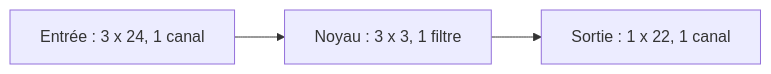
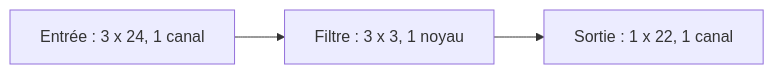
The diagram in Machine Learning/Convolution en deux dimensions.md (HydraaaNF/Obsidian-sciences-notes), drawn with Mermaid before and after one commit. The commit also changed other lines of this file and 14 other files, not shown here.

````diff
--- a/Machine Learning/Convolution en deux dimensions.md
+++ b/Machine Learning/Convolution en deux dimensions.md
@@ -43,5 +43,5 @@
 ```mermaid
 flowchart LR
-    E["Entrée : 3 x 24, 1 canal"] --> K["Noyau : 3 x 3, 1 filtre"]
+    E["Entrée : 3 x 24, 1 canal"] --> K["Filtre : 3 x 3, 1 noyau"]
     K --> S["Sortie : 1 x 22, 1 canal"]
 ```
````
